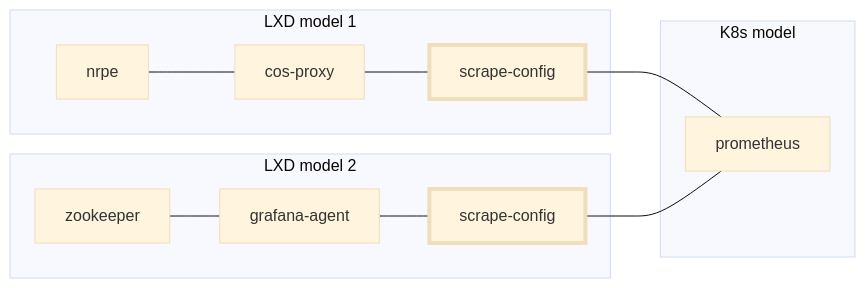
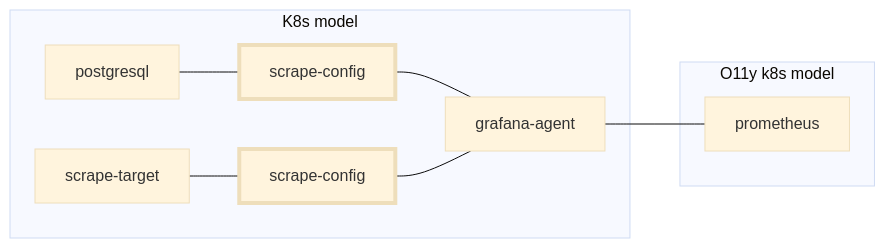
Before and after one commit to canonical/prometheus-scrape-config-k8s-operator: the first of 2 diagrams in INTEGRATING.md, drawn with Mermaid (base theme). The commit also changed other lines of this file, not shown here.

Commit message:
Update INTEGRATING.md (#48)

````diff
--- a/INTEGRATING.md
+++ b/INTEGRATING.md
@@ -3,23 +6,20 @@
 ```mermaid
 graph LR
 
-subgraph LXD model 1
-nrpe --- cos-proxy --- sc1[scrape-config]
+subgraph K8s model
+postgresql --- sc1[scrape-config]
+sc1 --- ga[grafana-agent]
+
+st[scrape-target] --- sc2[scrape-config]
+sc2 --- ga
 end
 
-sc1 --- prometheus
+ga --- prometheus
 
-subgraph LXD model 2
-zookeeper --- grafana-agent --- sc2[scrape-config]
-end
-
-sc2 --- prometheus
-
-subgraph K8s model
+subgraph O11y k8s model
 prometheus
 end
-
 
 style sc1 stroke-width:4px
 style sc2 stroke-width:4px
 ```
````
